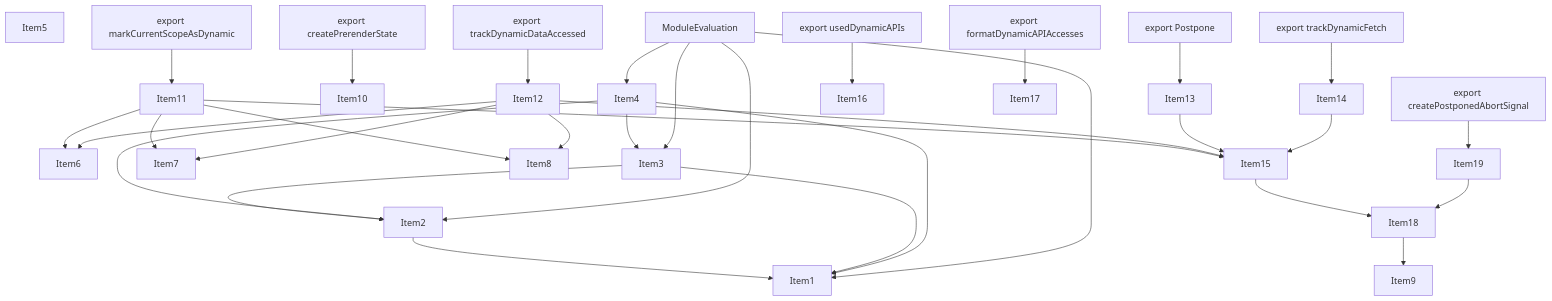
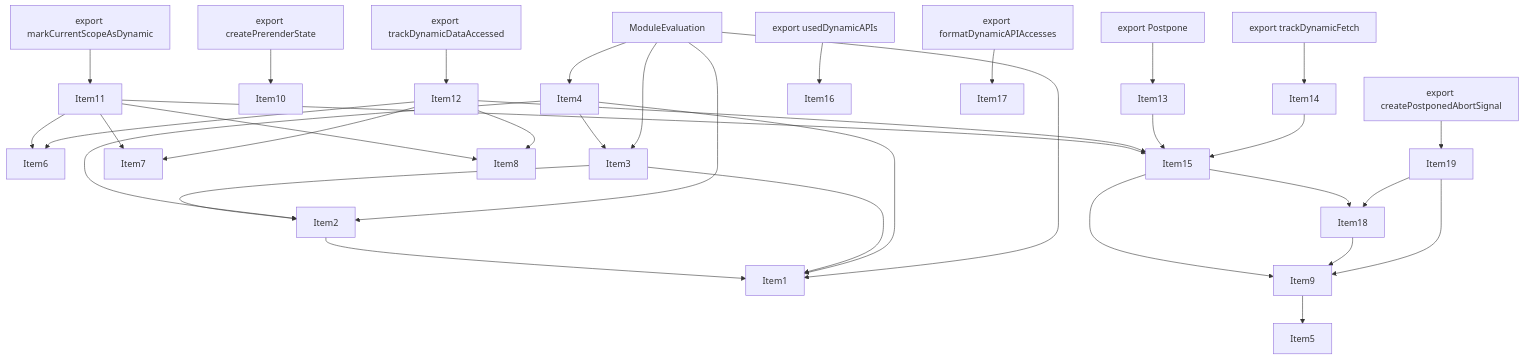
The fourth of 5 diagrams in crates/turbopack-ecmascript/tests/tree-shaker/analyzer/failed-2/output.md (vercel/turborepo), drawn with Mermaid before and after one commit. The commit also changed other lines of this file and 15 other files, not shown here.

````diff
--- a/crates/turbopack-ecmascript/tests/tree-shaker/analyzer/failed-2/output.md
+++ b/crates/turbopack-ecmascript/tests/tree-shaker/analyzer/failed-2/output.md
@@ -452,71 +457,74 @@
 ```mermaid
 graph TD
     Item1;
     Item5;
     Item2;
     Item6;
     Item3;
     Item7;
     Item4;
     Item8;
     Item9;
     Item10;
     Item11;
     Item12;
     Item13;
     Item14;
     Item15;
     Item16;
     Item17;
     Item18;
     Item19;
     Item20;
     Item20["ModuleEvaluation"];
     Item21;
     Item21["export createPrerenderState"];
     Item22;
     Item22["export markCurrentScopeAsDynamic"];
     Item23;
     Item23["export trackDynamicDataAccessed"];
     Item24;
     Item24["export Postpone"];
     Item25;
     Item25["export trackDynamicFetch"];
     Item26;
     Item26["export usedDynamicAPIs"];
     Item27;
     Item27["export formatDynamicAPIAccesses"];
     Item28;
     Item28["export createPostponedAbortSignal"];
     Item2 --> Item1;
     Item3 --> Item1;
     Item3 --> Item2;
     Item4 --> Item1;
     Item4 --> Item2;
     Item4 --> Item3;
+    Item9 --> Item5;
     Item11 --> Item8;
     Item11 --> Item7;
     Item11 --> Item15;
     Item11 --> Item6;
     Item12 --> Item8;
     Item12 --> Item7;
     Item12 --> Item15;
     Item12 --> Item6;
     Item13 --> Item15;
     Item14 --> Item15;
     Item15 --> Item18;
+    Item15 --> Item9;
     Item18 --> Item9;
     Item19 --> Item18;
+    Item19 --> Item9;
     Item20 --> Item1;
     Item20 --> Item2;
     Item20 --> Item3;
     Item20 --> Item4;
     Item21 --> Item10;
     Item22 --> Item11;
     Item23 --> Item12;
     Item24 --> Item13;
     Item25 --> Item14;
     Item26 --> Item16;
     Item27 --> Item17;
     Item28 --> Item19;
 ```
````
